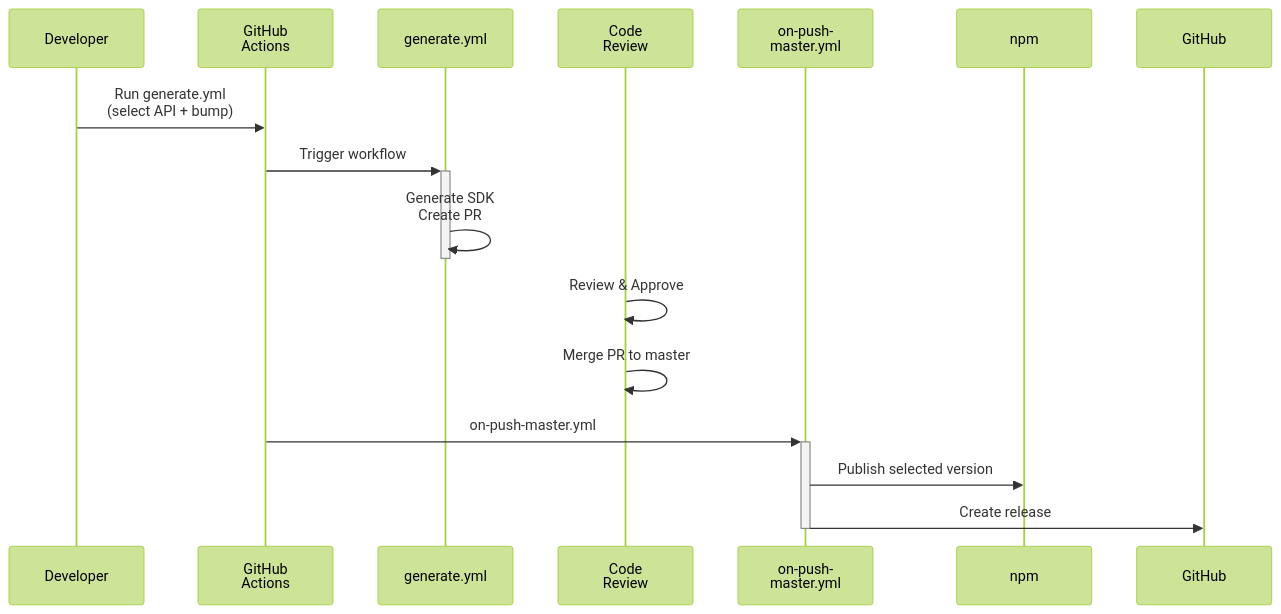
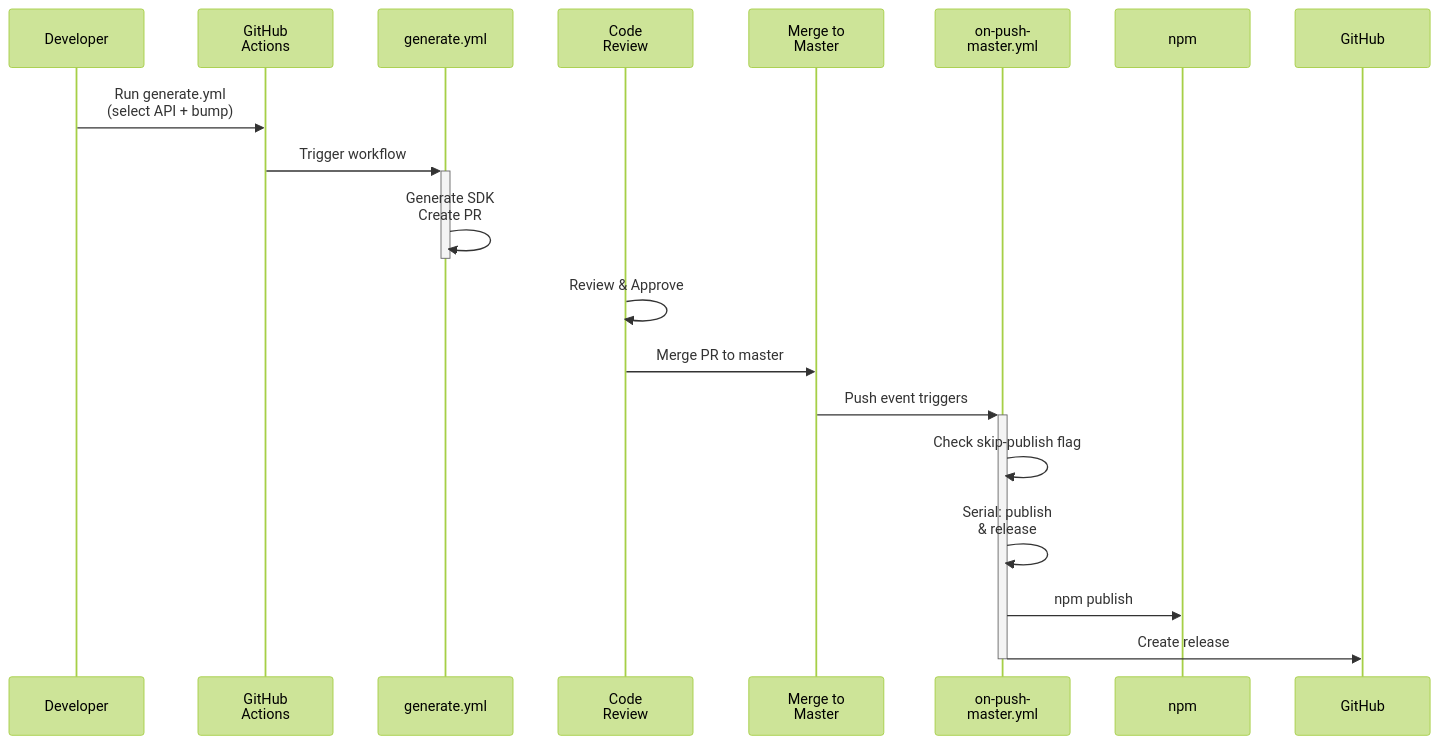
The second of 2 diagrams in docs/Multi-Version-SDK-Flow.md (mxenabled/mx-platform-node), drawn with Mermaid (forest theme) before and after one commit. The commit also changed other lines of this file and 25 other files, not shown here.

````diff
--- a/docs/Multi-Version-SDK-Flow.md
+++ b/docs/Multi-Version-SDK-Flow.md
@@ -97,23 +99,26 @@
 ```mermaid
 sequenceDiagram
     participant Dev as Developer
     participant GH as GitHub<br/>Actions
     participant Gen as generate.yml
     participant Review as Code<br/>Review
-    participant Auto as on-push-<br/>master.yml
+    participant Merge as Merge to<br/>Master
+    participant OnPush as on-push-<br/>master.yml
     participant npm as npm
     participant GHRel as GitHub
 
     Dev->>GH: Run generate.yml<br/>(select API + bump)
     GH->>+Gen: Trigger workflow
     Gen->>Gen: Generate SDK<br/>Create PR
     deactivate Gen
 
     Review->>Review: Review & Approve
-    Review->>Review: Merge PR to master
+    Review->>Merge: Merge PR to master
 
-    GH->>+Auto: on-push-master.yml
-    Auto->>npm: Publish selected version
-    Auto->>GHRel: Create release
-    deactivate Auto
+    Merge->>+OnPush: Push event triggers
+    OnPush->>OnPush: Check skip-publish flag
+    OnPush->>OnPush: Serial: publish<br/>& release
+    OnPush->>npm: npm publish
+    OnPush->>GHRel: Create release
+    deactivate OnPush
 ```
````
